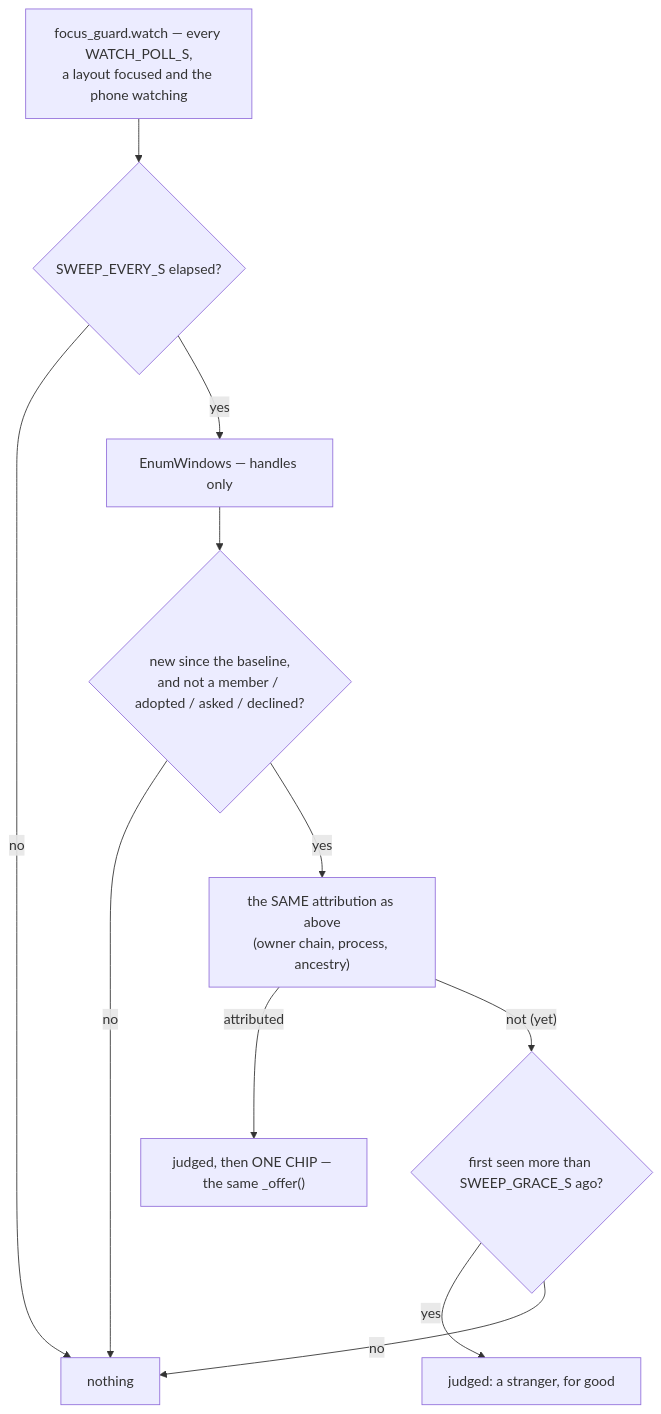
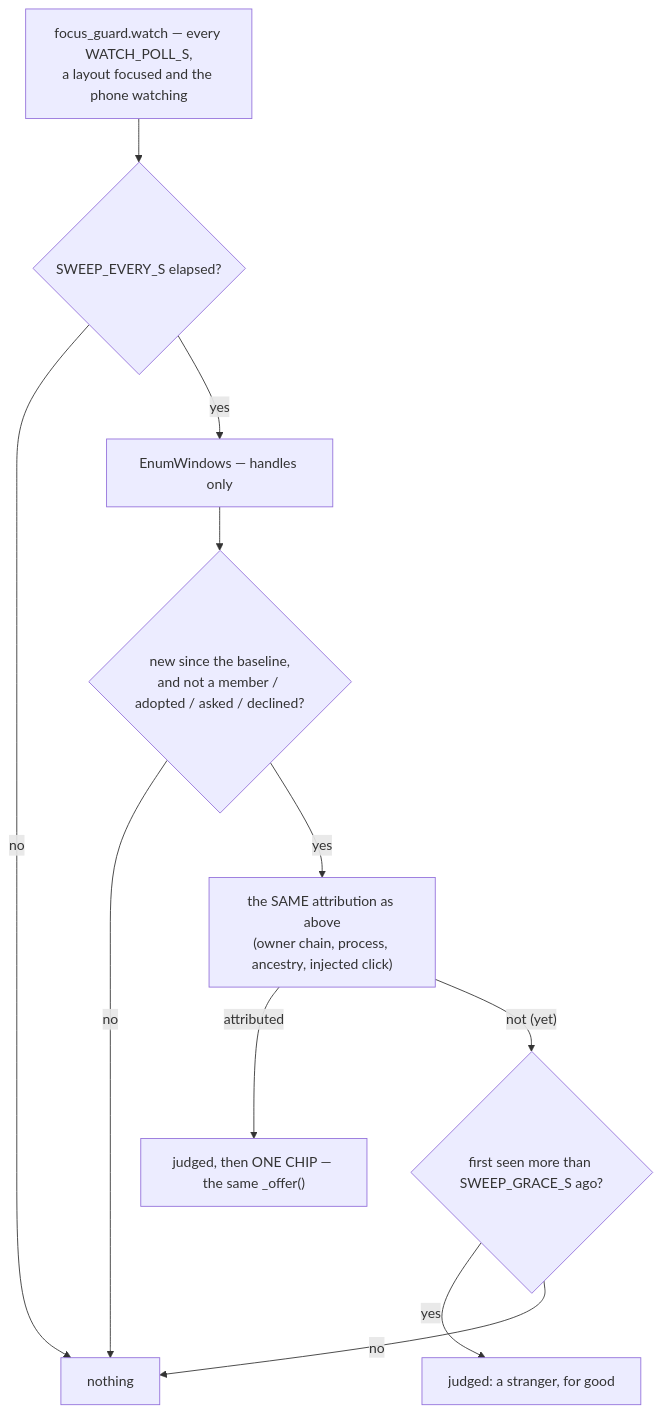
One commit to UVuruna/Remote-User changed the second of 4 diagrams in server/__flow/layout_popup.md. Above: the diagram before and after it, drawn with Mermaid. The commit also changed other lines of this file and 3 other files, not shown here.

````diff
--- a/server/__flow/layout_popup.md
+++ b/server/__flow/layout_popup.md
@@ -54,13 +65,13 @@
 ```mermaid
 flowchart TB
     A["focus_guard.watch — every WATCH_POLL_S,<br/>a layout focused and the phone watching"] --> B{"SWEEP_EVERY_S elapsed?"}
     B -- no --> Z["nothing"]
     B -- yes --> C["EnumWindows — handles only"]
     C --> D{"new since the baseline,<br/>and not a member / adopted / asked / declined?"}
     D -- no --> Z
-    D -- yes --> E["the SAME attribution as above<br/>(owner chain, process, ancestry)"]
+    D -- yes --> E["the SAME attribution as above<br/>(owner chain, process, ancestry, injected click)"]
     E -- attributed --> O["judged, then ONE CHIP — the same _offer()"]
     E -- "not (yet)" --> G{"first seen more than SWEEP_GRACE_S ago?"}
     G -- yes --> J["judged: a stranger, for good"]
     G -- no --> Z
 ```
````
